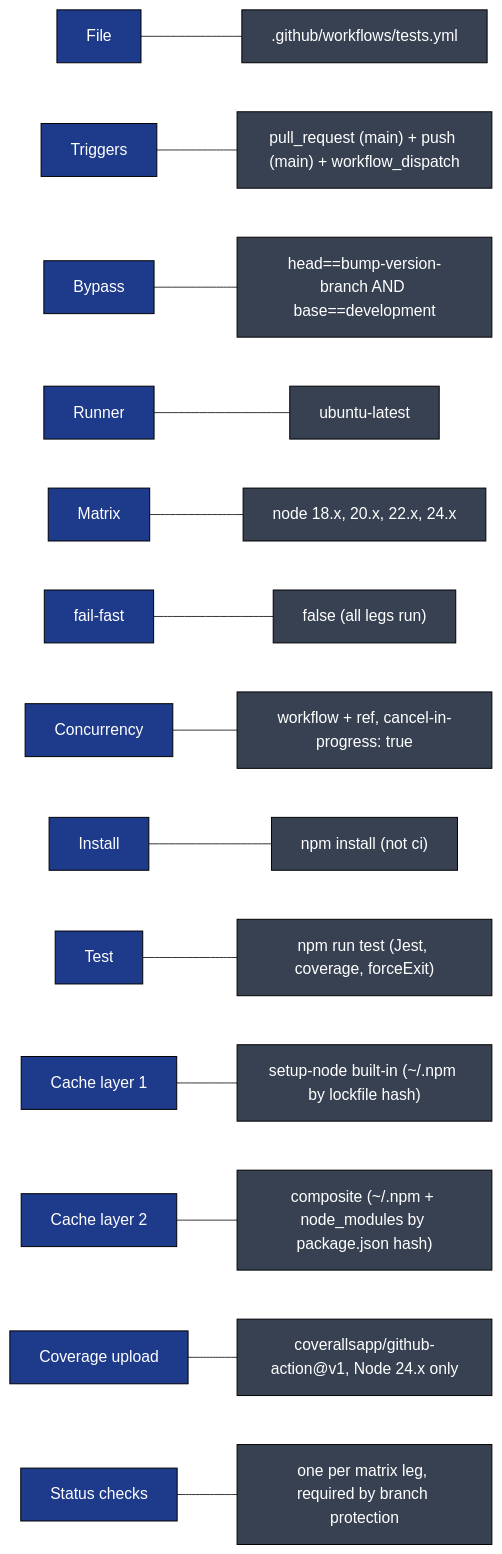
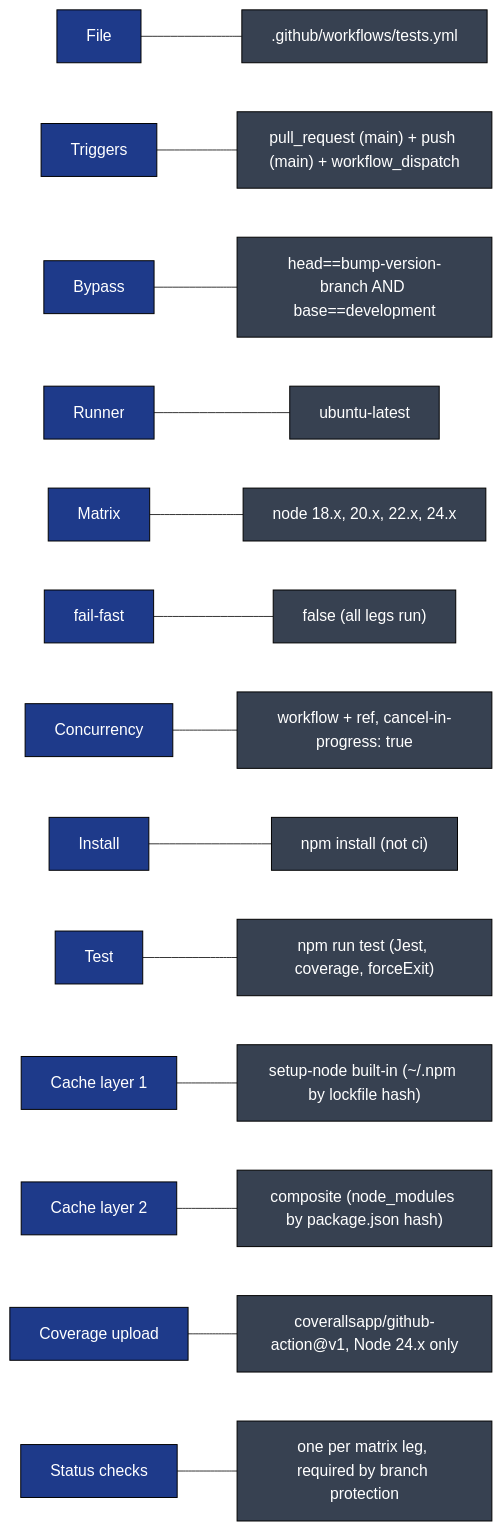
The ninth of 9 diagrams in .github/docs/TESTS_DEEP_DIVE.md (llm-exe/llm-exe), drawn with Mermaid before and after one commit. The commit also changed other lines of this file and 5 other files, not shown here.

Commit message:
chore: update cache action documentation to focus on node_modules and remove npm dependencies references

````diff
--- a/.github/docs/TESTS_DEEP_DIVE.md
+++ b/.github/docs/TESTS_DEEP_DIVE.md
@@ -361,19 +356,19 @@
 ```mermaid
 flowchart LR
     classDef k fill:#1e3a8a,color:#fff,stroke:#000
     classDef v fill:#374151,color:#fff,stroke:#000
 
     K1["File"]:::k --- V1[".github/workflows/tests.yml"]:::v
     K2["Triggers"]:::k --- V2["pull_request (main) + push (main) + workflow_dispatch"]:::v
     K3["Bypass"]:::k --- V3["head==bump-version-branch AND base==development"]:::v
     K4["Runner"]:::k --- V4["ubuntu-latest"]:::v
     K5["Matrix"]:::k --- V5["node 18.x, 20.x, 22.x, 24.x"]:::v
     K6["fail-fast"]:::k --- V6["false (all legs run)"]:::v
     K7["Concurrency"]:::k --- V7["workflow + ref, cancel-in-progress: true"]:::v
     K8["Install"]:::k --- V8["npm install (not ci)"]:::v
     K9["Test"]:::k --- V9["npm run test (Jest, coverage, forceExit)"]:::v
     K10["Cache layer 1"]:::k --- V10["setup-node built-in (~/.npm by lockfile hash)"]:::v
-    K11["Cache layer 2"]:::k --- V11["composite (~/.npm + node_modules by package.json hash)"]:::v
+    K11["Cache layer 2"]:::k --- V11["composite (node_modules by package.json hash)"]:::v
     K12["Coverage upload"]:::k --- V12["coverallsapp/github-action@v1, Node 24.x only"]:::v
     K13["Status checks"]:::k --- V13["one per matrix leg, required by branch protection"]:::v
 ```
````
